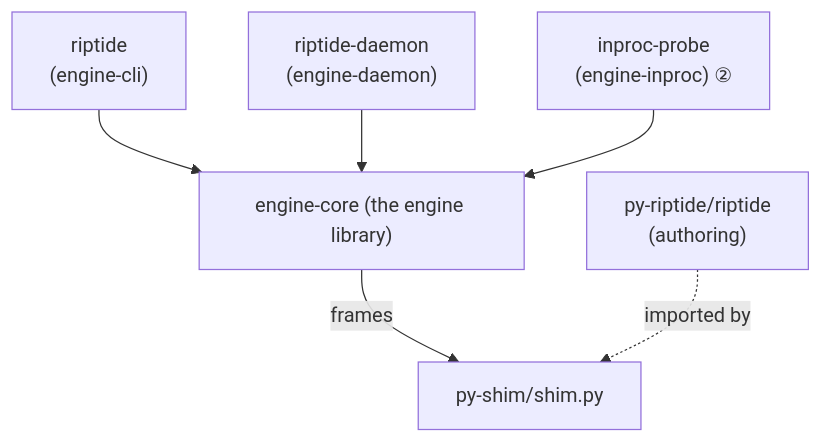
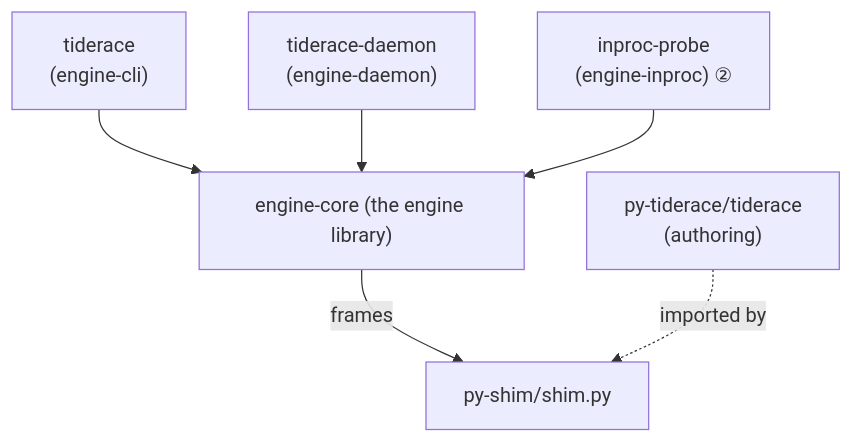
The diagram in docs/design/modules.md (snoodleboot-io/tiderace), drawn with Mermaid before and after one commit. The commit also changed other lines of this file and 122 other files, not shown here.

First line of the commit message:
rename: riptide -> tiderace across the whole product (#17)

````diff
--- a/docs/design/modules.md
+++ b/docs/design/modules.md
@@ -8,8 +8,8 @@
 ```mermaid
 flowchart TB
-    RIP["riptide<br/>(engine-cli)"] --> CORE
-    DAE["riptide-daemon<br/>(engine-daemon)"] --> CORE
+    RIP["tiderace<br/>(engine-cli)"] --> CORE
+    DAE["tiderace-daemon<br/>(engine-daemon)"] --> CORE
     PROBE["inproc-probe<br/>(engine-inproc) ②"] --> CORE
     CORE["engine-core (the engine library)"] -->|frames| SHIM["py-shim/shim.py"]
-    AUTH["py-riptide/riptide<br/>(authoring)"] -.imported by.-> SHIM
+    AUTH["py-tiderace/tiderace<br/>(authoring)"] -.imported by.-> SHIM
 ```
````
